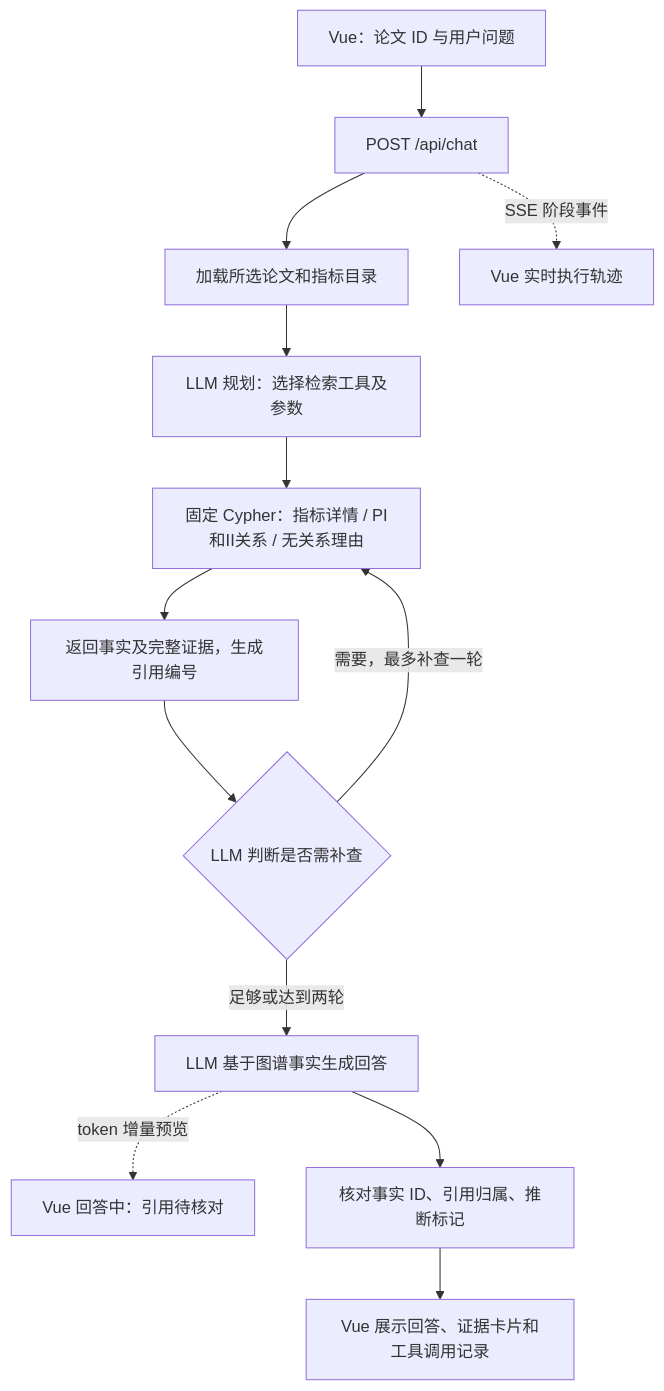
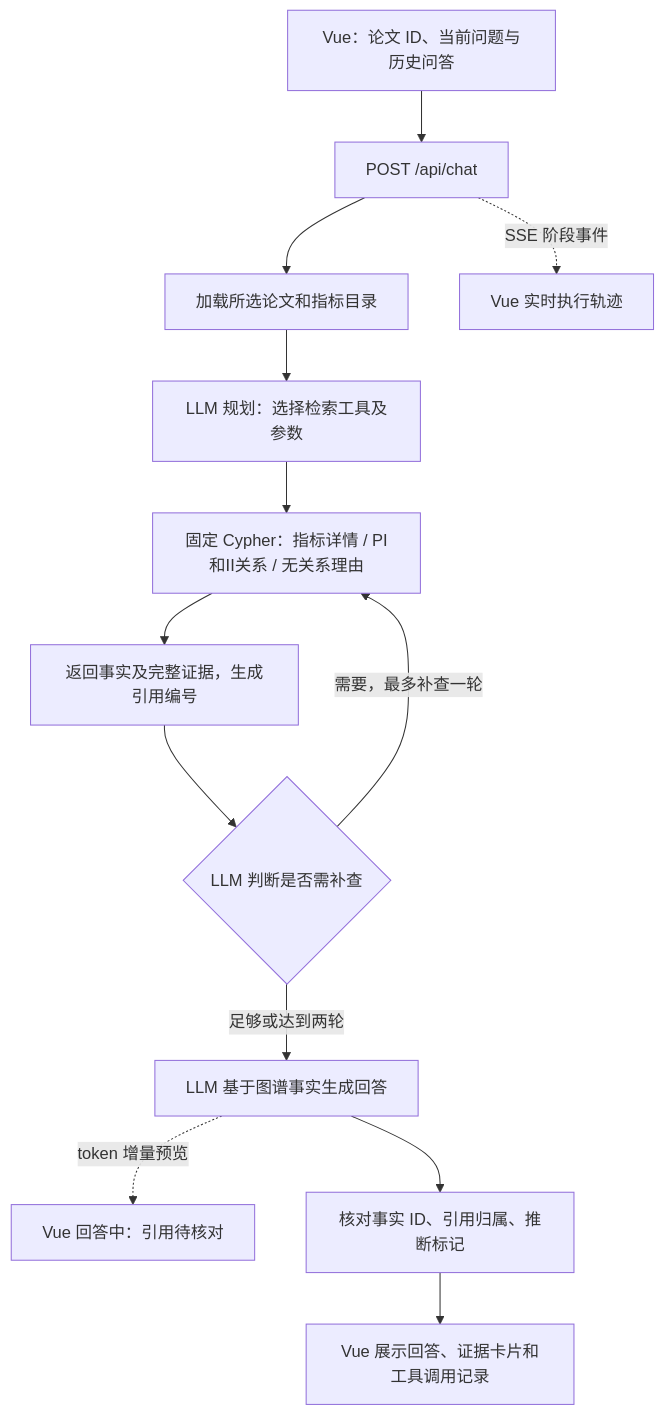
One commit to Zengzzhao/Metrics-Assistant changed the fourth of 4 diagrams in README.md. Above: the diagram before and after it, drawn with Mermaid. The commit also changed other lines of this file and 14 other files, not shown here.

````diff
--- a/README.md
+++ b/README.md
@@ -469,15 +470,15 @@
 ```mermaid
 flowchart TD
-    A[Vue：论文 ID 与用户问题] --> B[POST /api/chat]
+    A[Vue：论文 ID、当前问题与历史问答] --> B[POST /api/chat]
     B --> C[加载所选论文和指标目录]
     B -. SSE 阶段事件 .-> U[Vue 实时执行轨迹]
     C --> D[LLM 规划：选择检索工具及参数]
     D --> E[固定 Cypher：指标详情 / PI和II关系 / 无关系理由]
     E --> F[返回事实及完整证据，生成引用编号]
     F --> G{LLM 判断是否需补查}
     G -->|需要，最多补查一轮| E
     G -->|足够或达到两轮| H[LLM 基于图谱事实生成回答]
     H -. token 增量预览 .-> V[Vue 回答中：引用待核对]
     H --> I[核对事实 ID、引用归属、推断标记]
     I --> J[Vue 展示回答、证据卡片和工具调用记录]
 ```
````
